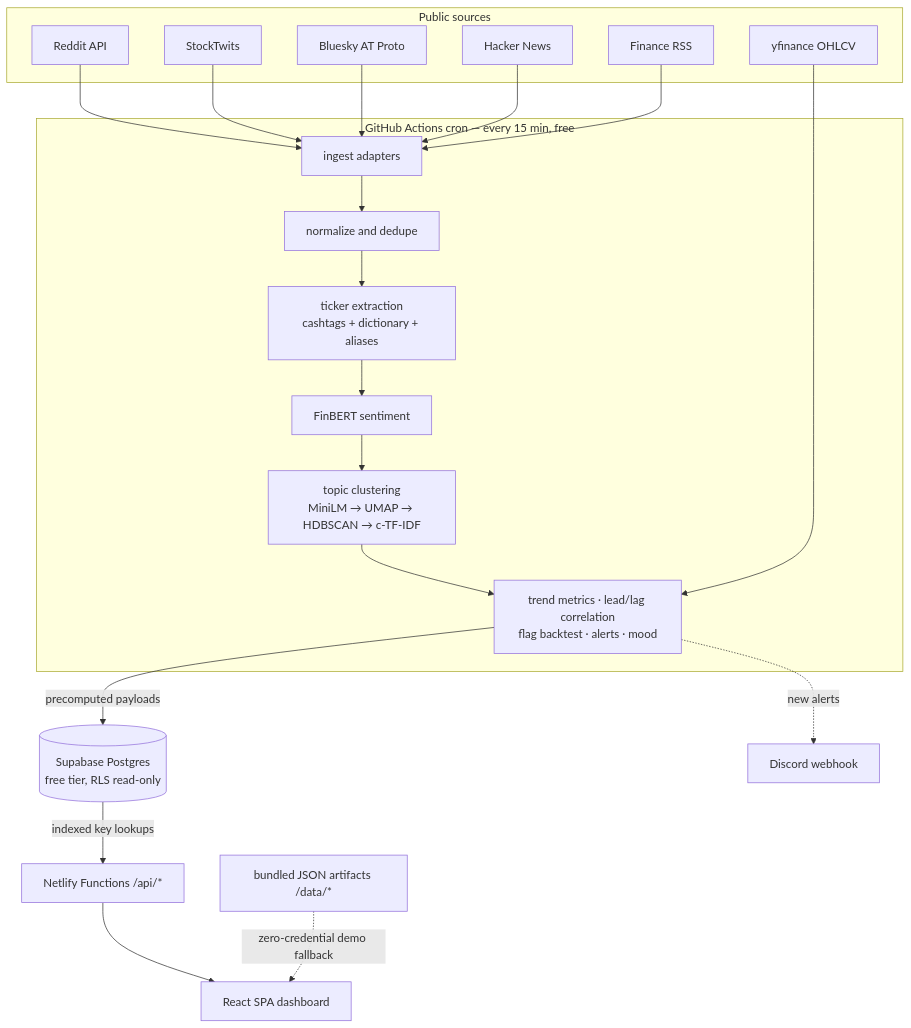
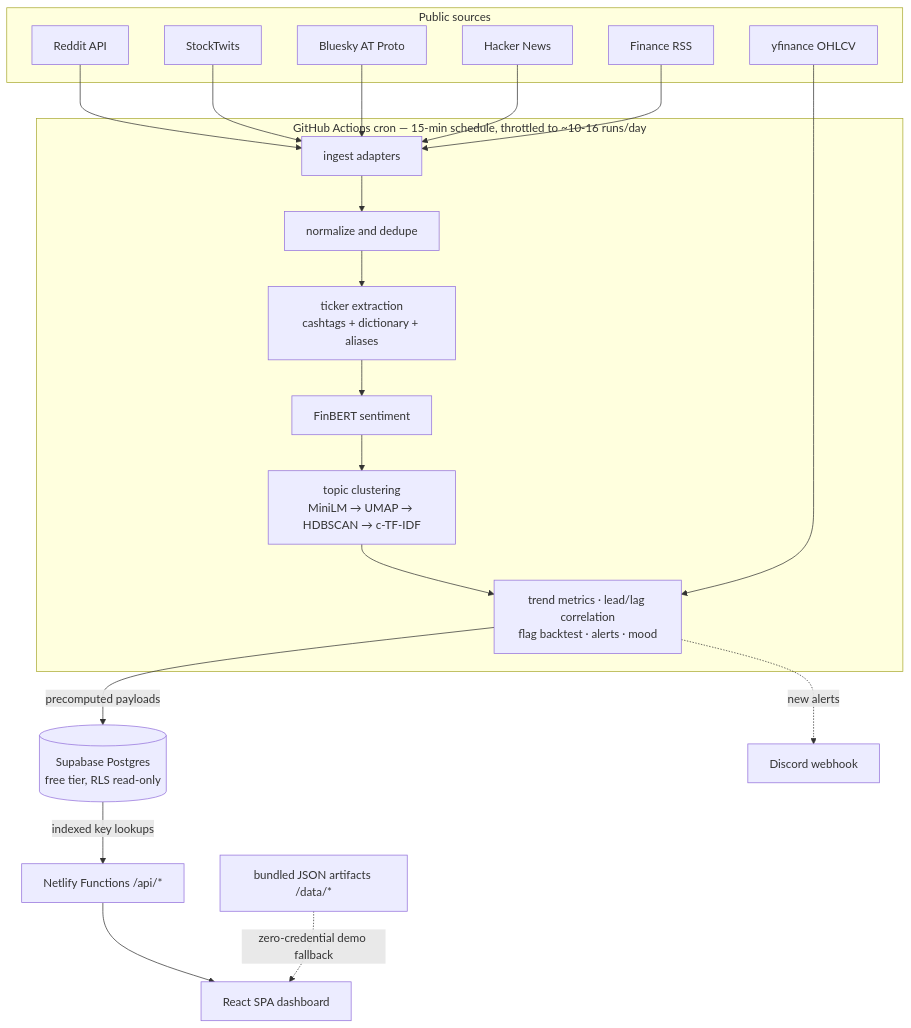
Before and after one commit to TylerJForstrom/TickerPulse: the diagram in README.md, drawn with Mermaid. The commit also changed other lines of this file and 47 other files, not shown here.

````diff
--- a/README.md
+++ b/README.md
@@ -32,27 +32,27 @@
 ```mermaid
 flowchart TB
     subgraph sources [Public sources]
         R[Reddit API]
         ST[StockTwits]
         BS[Bluesky AT Proto]
         HN[Hacker News]
         RSS[Finance RSS]
         YF[yfinance OHLCV]
     end
 
-    subgraph worker [GitHub Actions cron — every 15 min, free]
+    subgraph worker [GitHub Actions cron — 15-min schedule, throttled to ~10-16 runs/day]
         ING[ingest adapters] --> NORM[normalize and dedupe]
         NORM --> TICK[ticker extraction<br/>cashtags + dictionary + aliases]
         TICK --> SENT[FinBERT sentiment]
         SENT --> TOPICS[topic clustering<br/>MiniLM → UMAP → HDBSCAN → c-TF-IDF]
         TOPICS --> METRICS[trend metrics · lead/lag correlation<br/>flag backtest · alerts · mood]
     end
 
     R & ST & BS & HN & RSS --> ING
     YF --> METRICS
     METRICS -->|precomputed payloads| DB[(Supabase Postgres<br/>free tier, RLS read-only)]
     METRICS -.->|new alerts| DISC[Discord webhook]
     DB -->|indexed key lookups| FN[Netlify Functions /api/*]
     FN --> SPA[React SPA dashboard]
     DEMO[bundled JSON artifacts /data/*] -.->|zero-credential demo fallback| SPA
 ```
````
